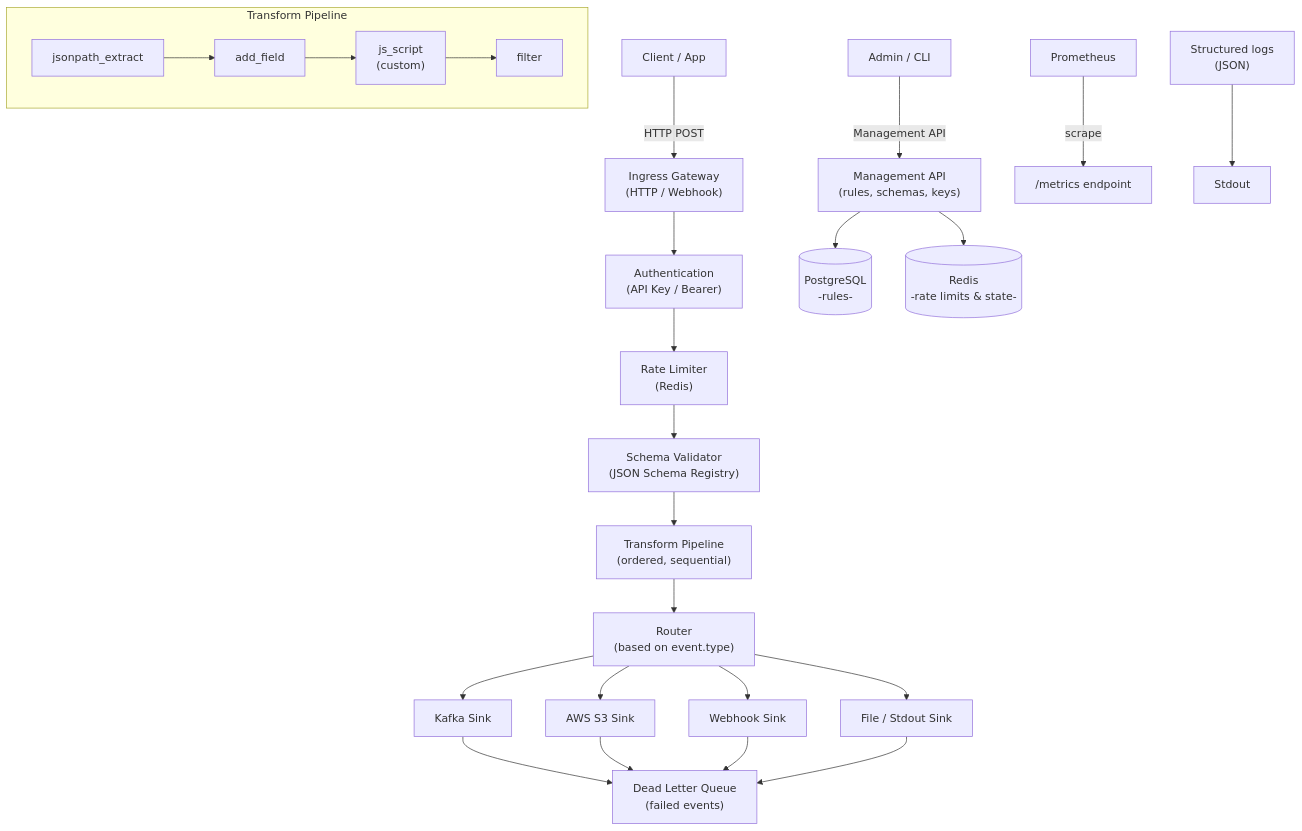
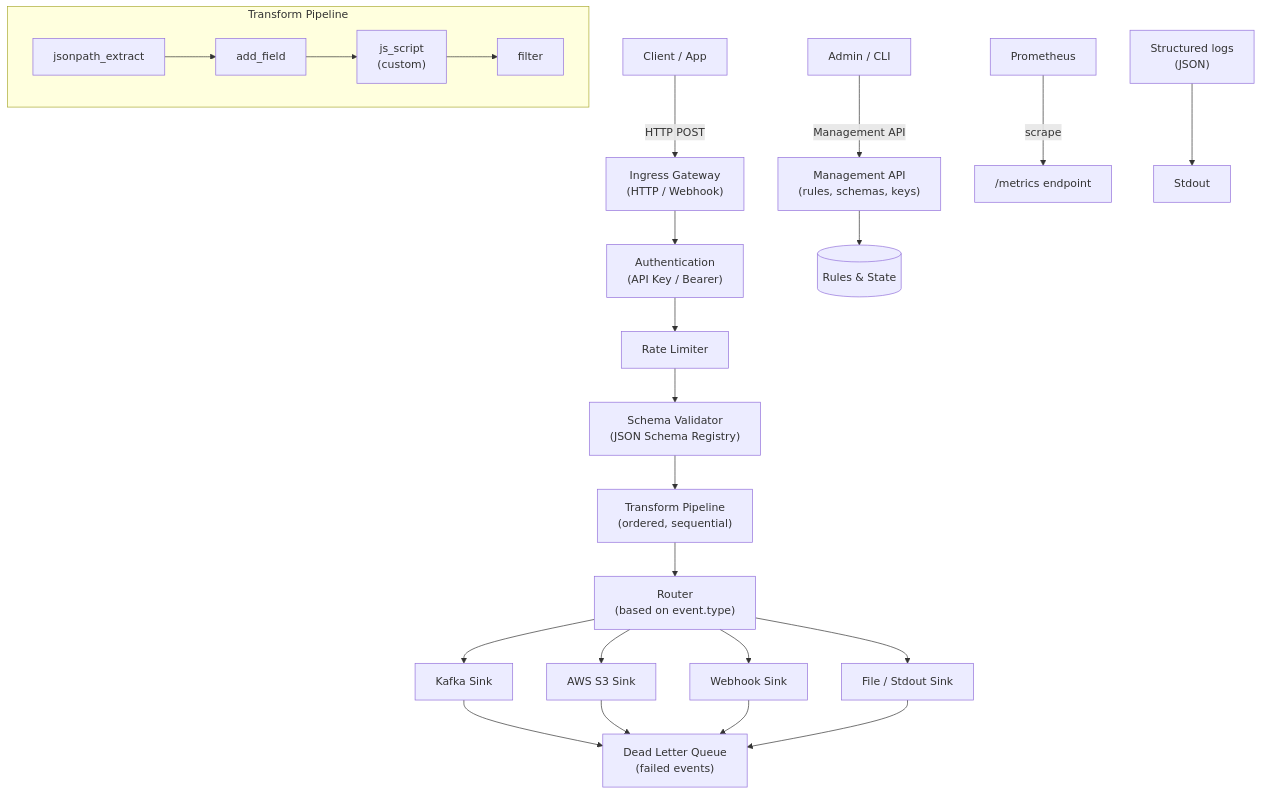
Before and after one commit to larvenejafemcoder/newreactcoffee: the diagram in docs/README.md, drawn with Mermaid. The commit also changed 8 other files, not shown here.

````diff
--- a/docs/README.md
+++ b/docs/README.md
@@ -39,29 +39,28 @@
 ```mermaid
 flowchart TD
     Client["Client / App"] -->|HTTP POST| Ingress["Ingress Gateway\n(HTTP / Webhook)"]
     Ingress --> Auth["Authentication\n(API Key / Bearer)"]
-    Auth --> RateLimit["Rate Limiter\n(Redis)"]
+    Auth --> RateLimit["Rate Limiter"]
     RateLimit --> Validate["Schema Validator\n(JSON Schema Registry)"]
     Validate --> Transform["Transform Pipeline\n(ordered, sequential)"]
 
     subgraph Transform_Details [Transform Pipeline]
         direction LR
         T1["jsonpath_extract"] --> T2["add_field"] --> T3["js_script\n(custom)"] --> T4["filter"]
     end
 
     Transform --> Router["Router\n(based on event.type)"]
 
     Router --> Sink1["Kafka Sink"]
     Router --> Sink2["AWS S3 Sink"]
     Router --> Sink3["Webhook Sink"]
     Router --> Sink4["File / Stdout Sink"]
 
     Sink1 & Sink2 & Sink3 & Sink4 --> DLQ["Dead Letter Queue\n(failed events)"]
 
     Admin["Admin / CLI"] -->|Management API| Management["Management API\n(rules, schemas, keys)"]
-    Management --> DB[("PostgreSQL\n-rules-")]
-    Management --> Redis[("Redis\n-rate limits & state-")]
+    Management --> DB[("Rules & State")]
 
     Prometheus["Prometheus"] -->|scrape| Metrics["/metrics endpoint"]
     Logs["Structured logs\n(JSON)"] --> Stdout
 ```
````
